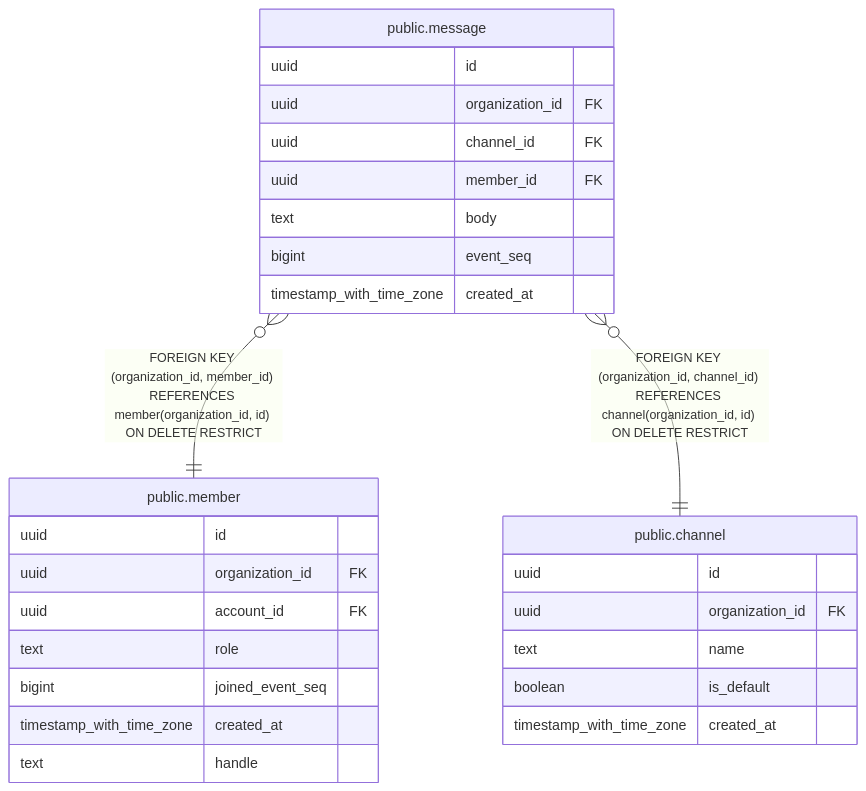
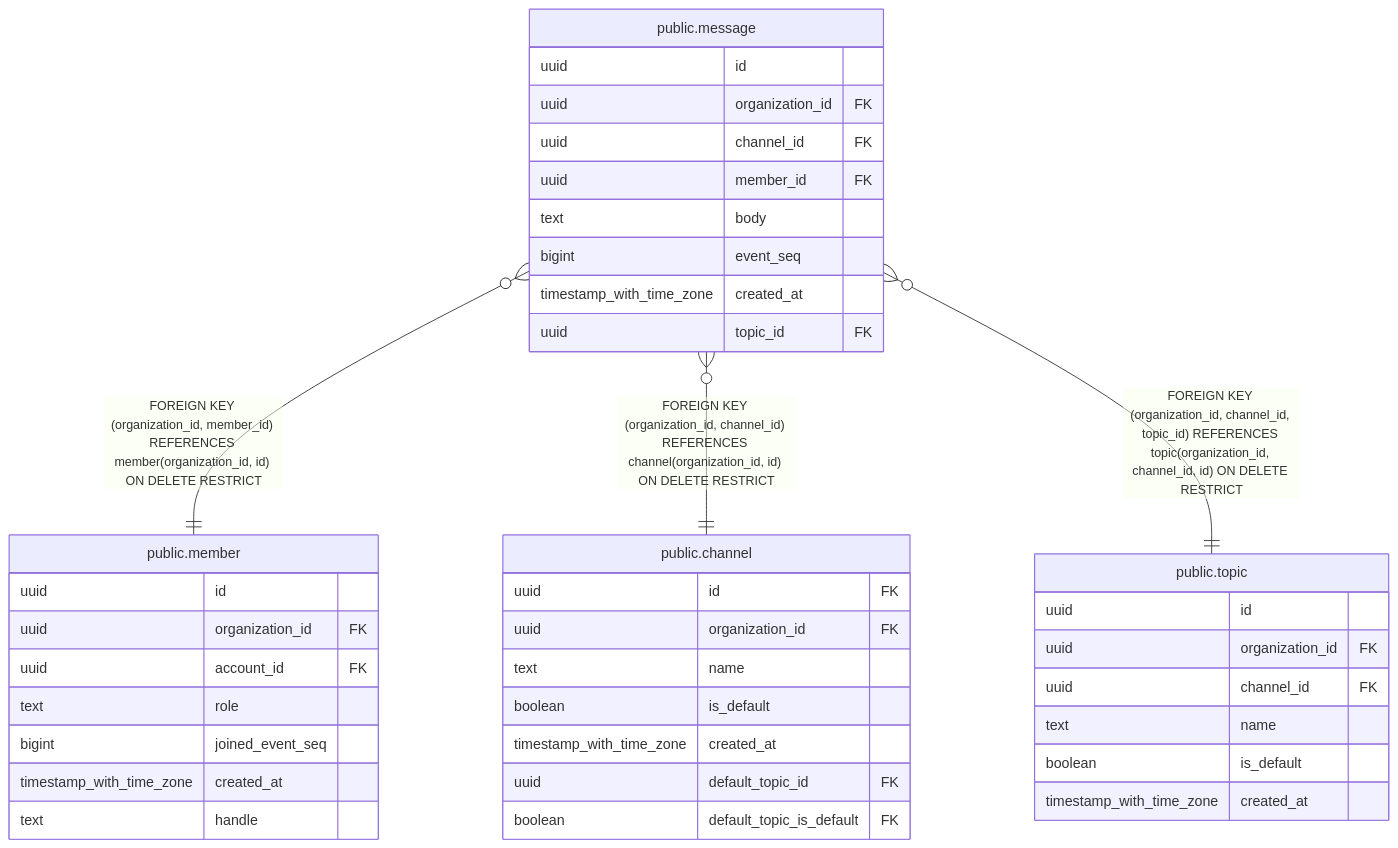
One commit to tkakkie/ribbitto changed the diagram in docs/schema/public.message.md. Above: the diagram before and after it, drawn with Mermaid. The commit also changed other lines of this file and 30 other files, not shown here.

First line of the commit message:
feat(topic): put every channel and message in a topic

````diff
--- a/docs/schema/public.message.md
+++ b/docs/schema/public.message.md
@@ -45,32 +49,44 @@
 ```mermaid
 erDiagram
 
 "public.message" }o--|| "public.member" : "FOREIGN KEY (organization_id, member_id) REFERENCES member(organization_id, id) ON DELETE RESTRICT"
 "public.message" }o--|| "public.channel" : "FOREIGN KEY (organization_id, channel_id) REFERENCES channel(organization_id, id) ON DELETE RESTRICT"
+"public.message" }o--|| "public.topic" : "FOREIGN KEY (organization_id, channel_id, topic_id) REFERENCES topic(organization_id, channel_id, id) ON DELETE RESTRICT"
 
 "public.message" {
   uuid id
   uuid organization_id FK
   uuid channel_id FK
   uuid member_id FK
   text body
   bigint event_seq
   timestamp_with_time_zone created_at
+  uuid topic_id FK
 }
 "public.member" {
   uuid id
   uuid organization_id FK
   uuid account_id FK
   text role
   bigint joined_event_seq
   timestamp_with_time_zone created_at
   text handle
 }
 "public.channel" {
+  uuid id FK
+  uuid organization_id FK
+  text name
+  boolean is_default
+  timestamp_with_time_zone created_at
+  uuid default_topic_id FK
+  boolean default_topic_is_default FK
+}
+"public.topic" {
   uuid id
   uuid organization_id FK
+  uuid channel_id FK
   text name
   boolean is_default
   timestamp_with_time_zone created_at
 }
 ```
````
